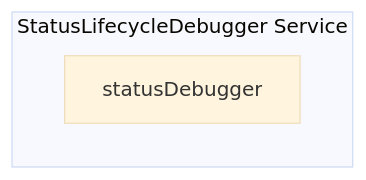
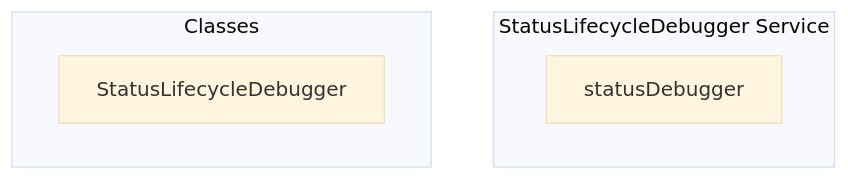
Before and after one commit to y4my4my4m/harmony: the diagram in docs/api/services/statuslifecycledebugger.md, drawn with Mermaid (base theme). The commit also changed other lines of this file and 350 other files, not shown here.

````diff
--- a/docs/api/services/statuslifecycledebugger.md
+++ b/docs/api/services/statuslifecycledebugger.md
@@ -7,10 +7,10 @@
 ```mermaid
 graph TB
     subgraph "StatusLifecycleDebugger Service"
         STATUSDEBUGGER[statusDebugger]
     end
     
-    
-    
-    
+    subgraph "Classes"
+        CLS_STATUSLIFECYCLEDEBUGGER[StatusLifecycleDebugger]
+    end
 ```
````
